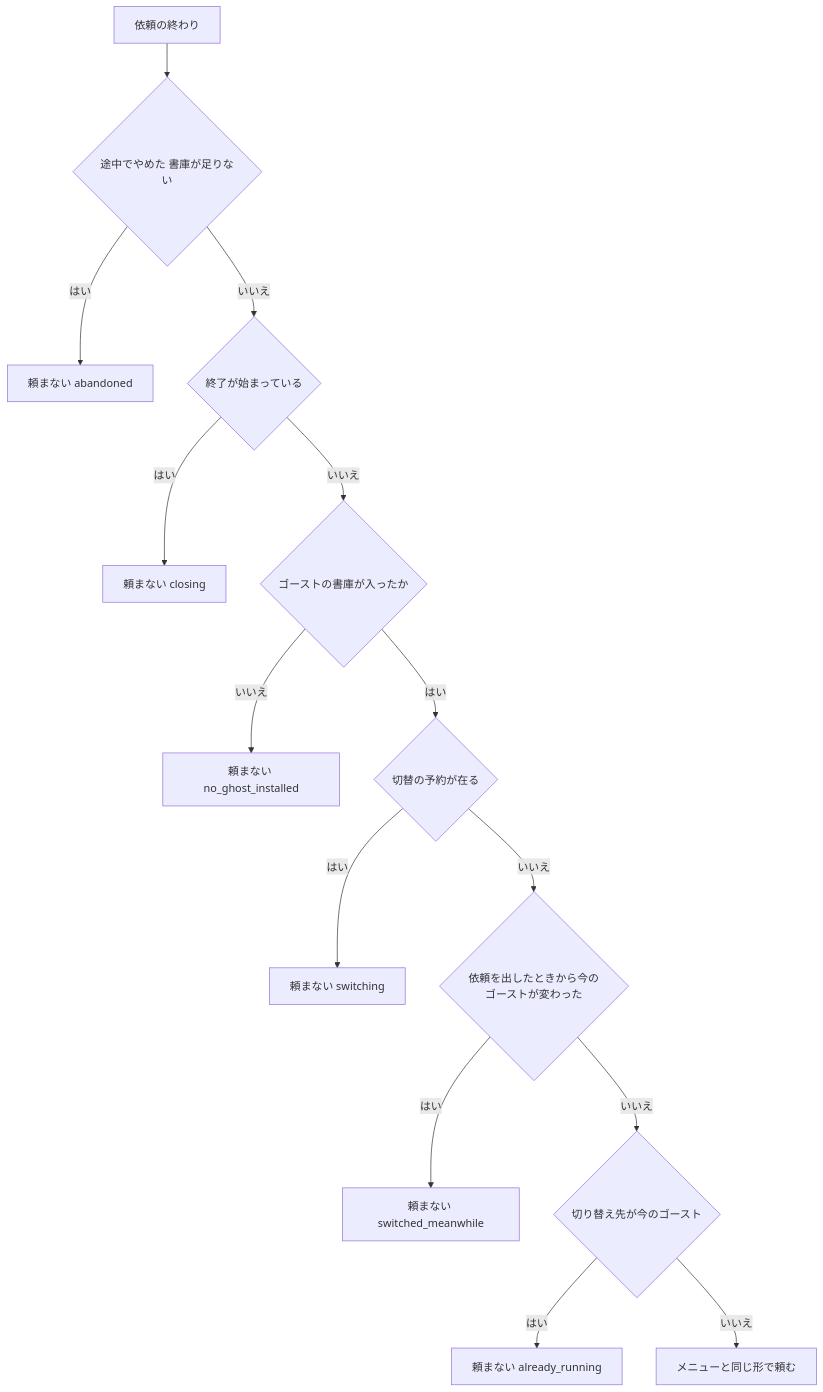
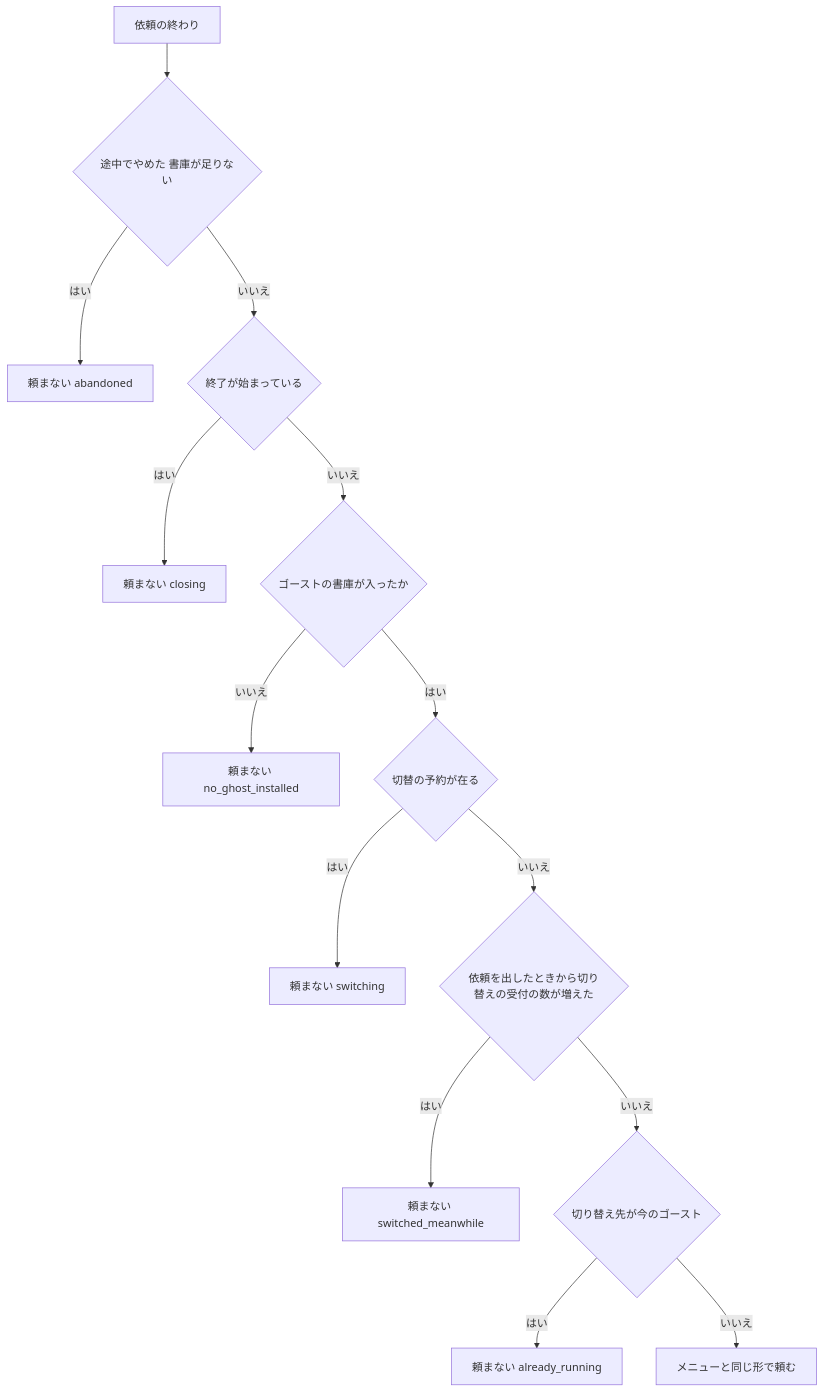
One commit to ekicyou/areka changed the third of 3 diagrams in .kiro/specs/startup-install-option/design.md. Above: the diagram before and after it, drawn with Mermaid. The commit also changed other lines of this file and 2 other files, not shown here.

````diff
--- a/.kiro/specs/startup-install-option/design.md
+++ b/.kiro/specs/startup-install-option/design.md
@@ -181,16 +190,16 @@
 ```mermaid
 flowchart TB
     Start[依頼の終わり] --> Abandoned{途中でやめた 書庫が足りない}
     Abandoned -->|はい| SkipAbandoned[頼まない abandoned]
     Abandoned -->|いいえ| Closing{終了が始まっている}
     Closing -->|はい| SkipClosing[頼まない closing]
     Closing -->|いいえ| Ghost{ゴーストの書庫が入ったか}
     Ghost -->|いいえ| SkipNoGhost[頼まない no_ghost_installed]
     Ghost -->|はい| InFlight{切替の予約が在る}
     InFlight -->|はい| SkipSwitching[頼まない switching]
-    InFlight -->|いいえ| Changed{依頼を出したときから今のゴーストが変わった}
+    InFlight -->|いいえ| Changed{依頼を出したときから切り替えの受付の数が増えた}
     Changed -->|はい| SkipChanged[頼まない switched_meanwhile]
     Changed -->|いいえ| Running{切り替え先が今のゴースト}
     Running -->|はい| SkipRunning[頼まない already_running]
     Running -->|いいえ| Request[メニューと同じ形で頼む]
 ```
````
